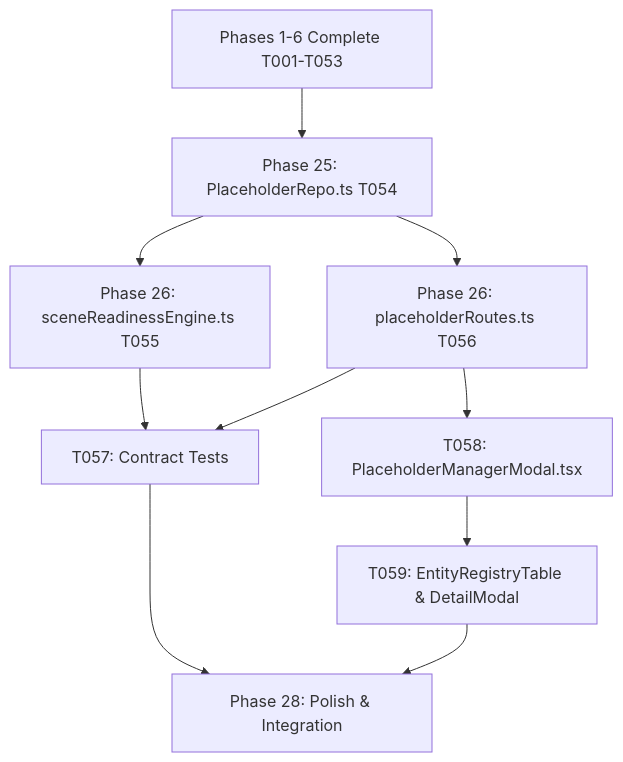
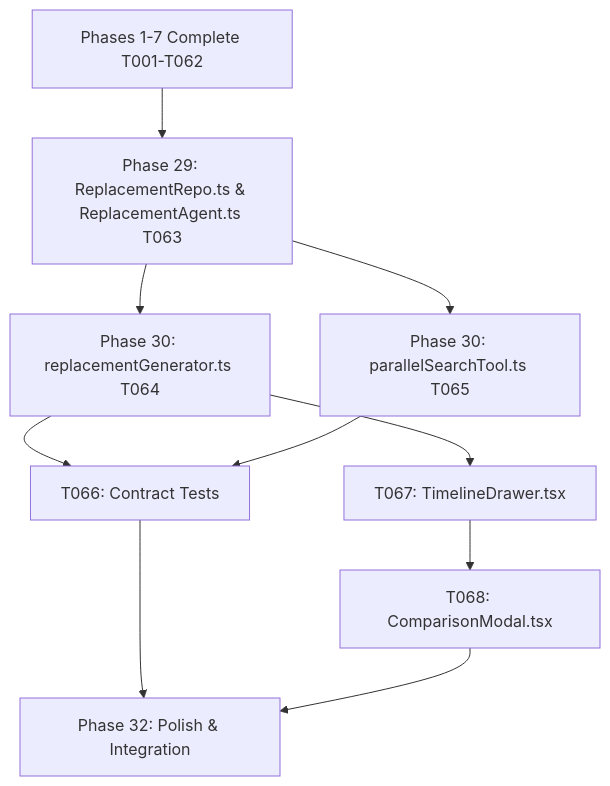
The diagram in specs/016-production-clearance-model/tasks.md (fmcgoohan/clearancescout), drawn with Mermaid before and after one commit. The commit also changed other lines of this file, not shown here.

Commit message:
docs(tasks): append Phase 8 evidence-driven live self-clearance tasks to 016-production-clearance-model

````diff
--- a/specs/016-production-clearance-model/tasks.md
+++ b/specs/016-production-clearance-model/tasks.md
@@ -286,12 +334,12 @@
 ```mermaid
 graph TD
-    Phases1to6[Phases 1-6 Complete T001-T053] --> Phase25[Phase 25: PlaceholderRepo.ts T054]
-    Phase25 --> Phase26_Engine[Phase 26: sceneReadinessEngine.ts T055]
-    Phase25 --> Phase26_Routes[Phase 26: placeholderRoutes.ts T056]
-    Phase26_Engine --> US7_Tests[T057: Contract Tests]
-    Phase26_Routes --> US7_Tests
-    Phase26_Routes --> US7_UI_Modal[T058: PlaceholderManagerModal.tsx]
-    US7_UI_Modal --> US7_UI_Registry[T059: EntityRegistryTable & DetailModal]
-    US7_Tests --> Phase28[Phase 28: Polish & Integration]
-    US7_UI_Registry --> Phase28
+    Phases1to7[Phases 1-7 Complete T001-T062] --> Phase29[Phase 29: ReplacementRepo.ts & ReplacementAgent.ts T063]
+    Phase29 --> Phase30_Gen[Phase 30: replacementGenerator.ts T064]
+    Phase29 --> Phase30_Tool[Phase 30: parallelSearchTool.ts T065]
+    Phase30_Gen --> US8_Tests[T066: Contract Tests]
+    Phase30_Tool --> US8_Tests
+    Phase30_Gen --> US8_UI_Timeline[T067: TimelineDrawer.tsx]
+    US8_UI_Timeline --> US8_UI_Comparison[T068: ComparisonModal.tsx]
+    US8_Tests --> Phase32[Phase 32: Polish & Integration]
+    US8_UI_Comparison --> Phase32
 ```
````
